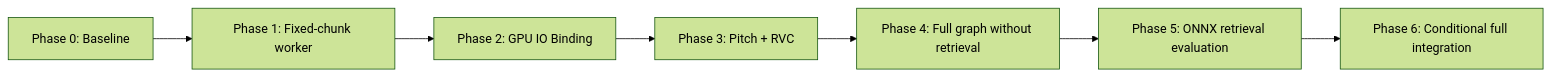
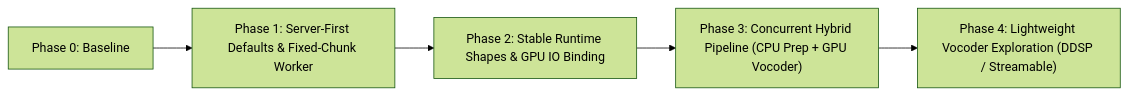
The diagram in okf/server-first-architecture-and-static-pipeline-roadmap.md (Maki-Daisuke/vcclient-forge), drawn with Mermaid (forest theme) before and after one commit. The commit also changed other lines of this file and 13 other files, not shown here.

````diff
--- a/okf/server-first-architecture-and-static-pipeline-roadmap.md
+++ b/okf/server-first-architecture-and-static-pipeline-roadmap.md
@@ -220,9 +230,7 @@
 ```mermaid
 flowchart LR
-   A["Phase 0: Baseline"] --> B["Phase 1: Fixed-chunk worker"]
-   B --> C["Phase 2: GPU IO Binding"]
-   C --> D["Phase 3: Pitch + RVC"]
-   D --> E["Phase 4: Full graph without retrieval"]
-   E --> F["Phase 5: ONNX retrieval evaluation"]
-   F --> G["Phase 6: Conditional full integration"]
+   A["Phase 0: Baseline"] --> B["Phase 1: Server-First Defaults & Fixed-Chunk Worker"]
+   B --> C["Phase 2: Stable Runtime Shapes & GPU IO Binding"]
+   C --> D["Phase 3: Concurrent Hybrid Pipeline (CPU Prep + GPU Vocoder)"]
+   D --> E["Phase 4: Lightweight Vocoder Exploration (DDSP / Streamable)"]
 ```
````
